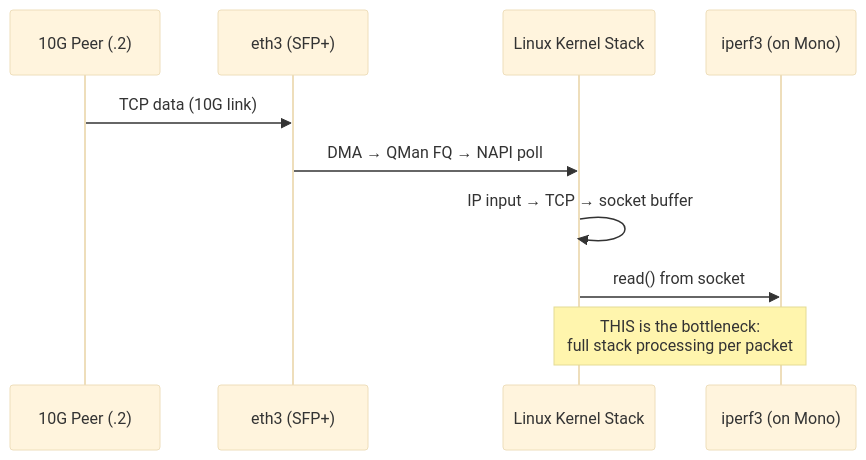
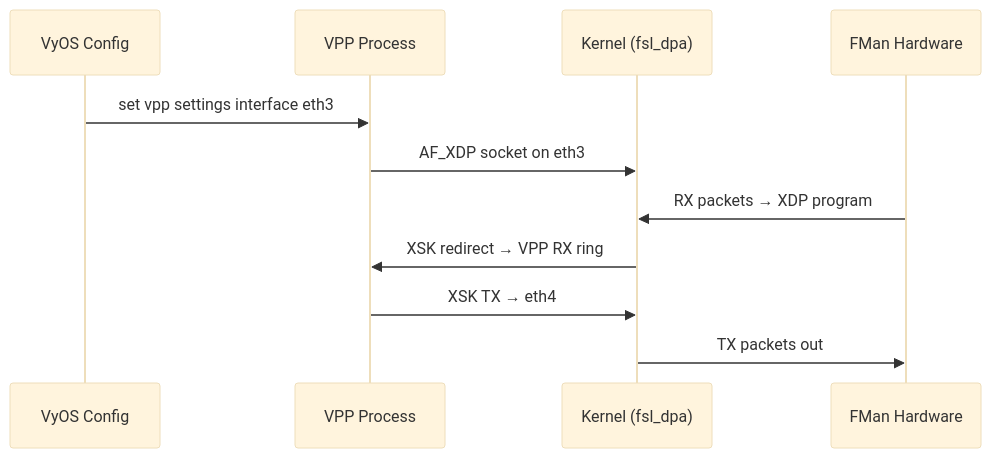
One commit to mihakralj/vyos-ls1046a-build changed the second of 7 diagrams in plans/ASK-ANALYSIS.md. Above: the diagram before and after it, drawn with Mermaid (base theme). The commit also changed other lines of this file and 31 other files, not shown here.

````diff
--- a/plans/ASK-ANALYSIS.md
+++ b/plans/ASK-ANALYSIS.md
@@ -143,13 +50,14 @@
 ```mermaid
 sequenceDiagram
-    participant P as 10G Peer (.2)
-    participant E as eth3 (SFP+)
-    participant K as Linux Kernel Stack
-    participant I as iperf3 (on Mono)
+    participant VyOS as VyOS Config
+    participant VPP as VPP Process
+    participant Kernel as Kernel (fsl_dpa)
+    participant FMan as FMan Hardware
 
-    P->>E: TCP data (10G link)
-    E->>K: DMA → QMan FQ → NAPI poll
-    K->>K: IP input → TCP → socket buffer
-    K->>I: read() from socket
-    Note over K,I: THIS is the bottleneck:<br>full stack processing per packet
+    VyOS->>VPP: set vpp settings interface eth3
+    VPP->>Kernel: AF_XDP socket on eth3
+    FMan->>Kernel: RX packets → XDP program
+    Kernel->>VPP: XSK redirect → VPP RX ring
+    VPP->>Kernel: XSK TX → eth4
+    Kernel->>FMan: TX packets out
 ```
````
